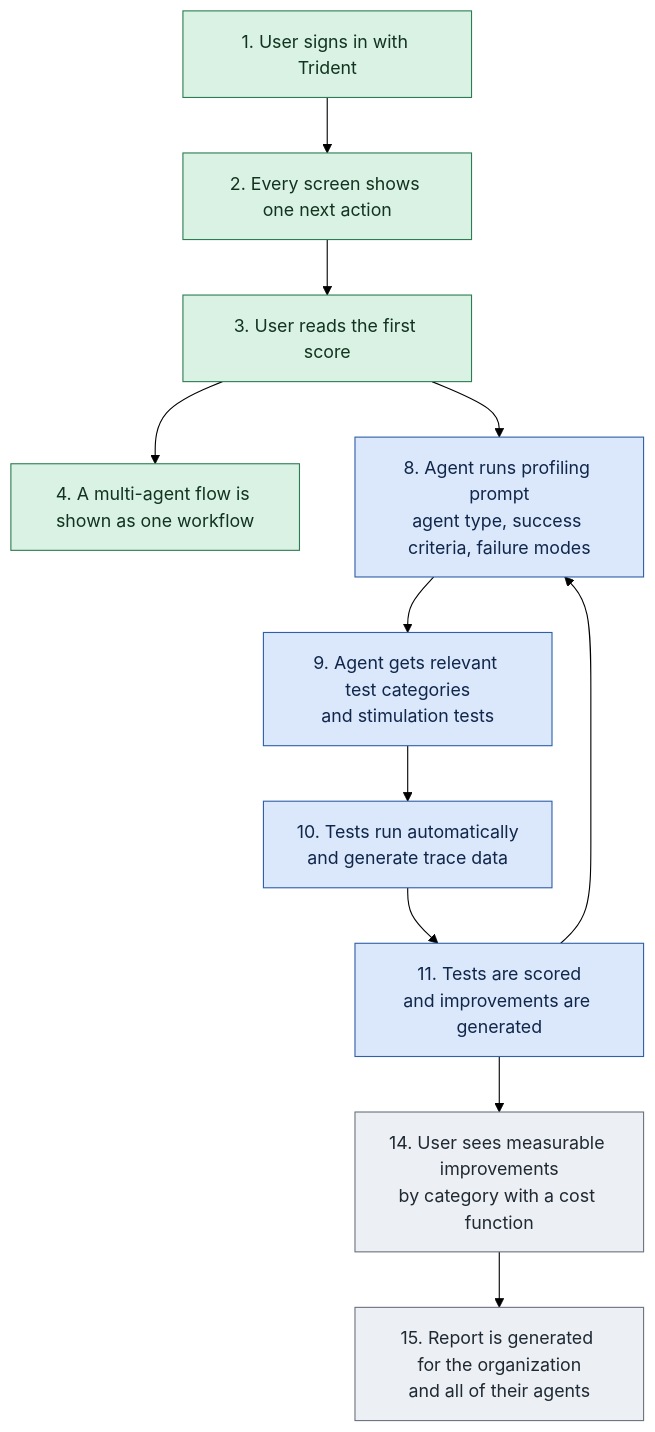
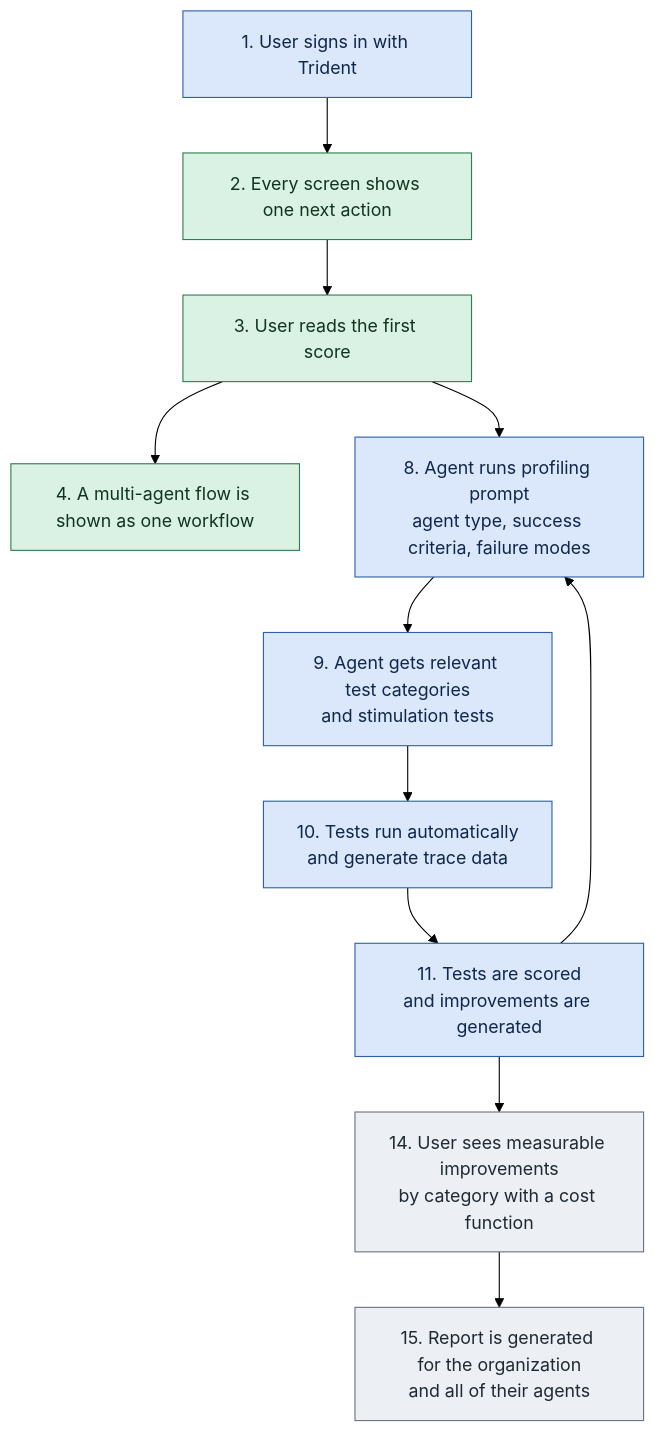
One commit to ADemers-tricentis/agent-score changed the diagram in docs/planning/roadmap/2026-11-04-agentscore-beta-roadmap.md. Above: the diagram before and after it, drawn with Mermaid (forest theme). The commit also changed other lines of this file and 1 other file, not shown here.

First line of the commit message:
Move Tricentis identity to Next in the beta roadmap

````diff
--- a/docs/planning/roadmap/2026-11-04-agentscore-beta-roadmap.md
+++ b/docs/planning/roadmap/2026-11-04-agentscore-beta-roadmap.md
@@ -20,27 +21,27 @@
 ```mermaid
 flowchart TD
     S1["1. User signs in with Trident"]
     S2["2. Every screen shows one next action"]
     S3["3. User reads the first score"]
     S4["4. A multi-agent flow is shown as one workflow"]
 
     S8["8. Agent runs profiling prompt<br/>agent type, success criteria, failure modes"]
     S9["9. Agent gets relevant test categories<br/>and stimulation tests"]
     S10["10. Tests run automatically<br/>and generate trace data"]
     S11["11. Tests are scored<br/>and improvements are generated"]
     S14["14. User sees measurable improvements<br/>by category with a cost function"]
     S15["15. Report is generated for the organization<br/>and all of their agents"]
 
     S1 --> S2 --> S3
     S3 --> S4
     S3 --> S8 --> S9 --> S10 --> S11
     S11 --> S8
     S11 --> S14 --> S15
 
     classDef now fill:#d9f2e3,stroke:#2e7d52,color:#12331f
     classDef next fill:#dbe8fb,stroke:#2f5fa8,color:#10264a
     classDef later fill:#eceff3,stroke:#6b7280,color:#1f2933
-    class S1,S2,S3,S4 now
-    class S8,S9,S10,S11 next
+    class S2,S3,S4 now
+    class S1,S8,S9,S10,S11 next
     class S14,S15 later
 ```
````
